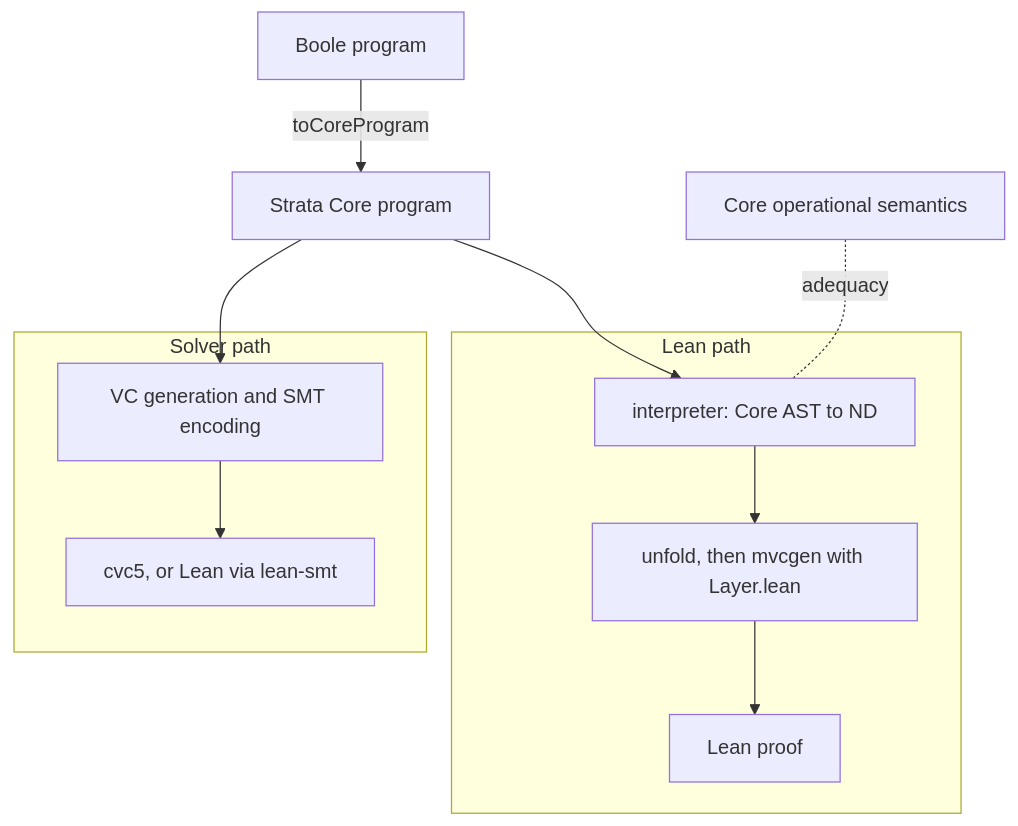
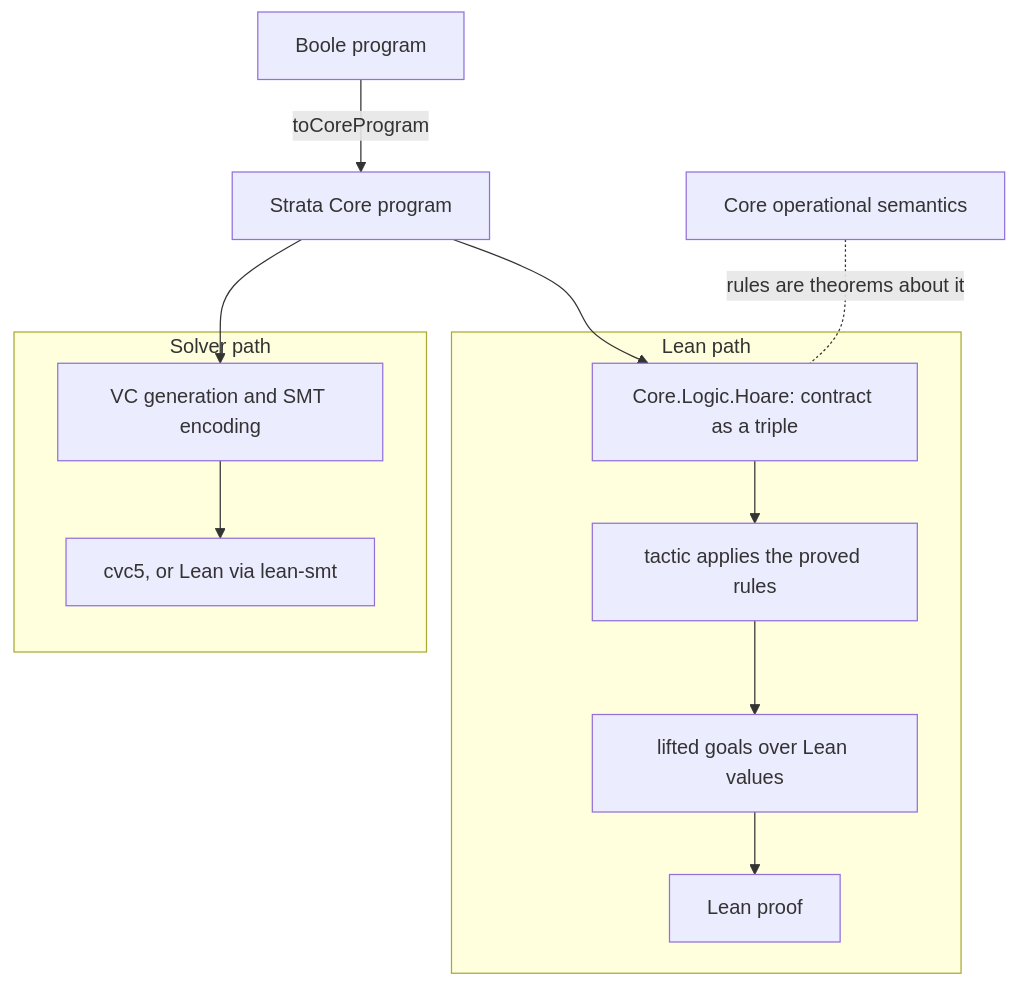
Before and after one commit to strata-org/Strata-Boole: the diagram in docs/ShallowEmbedding.md, drawn with Mermaid. The commit also changed other lines of this file, not shown here.

First line of the commit message:
Lean path: build on Core's Hoare logic

````diff
--- a/docs/ShallowEmbedding.md
+++ b/docs/ShallowEmbedding.md
@@ -11,14 +11,14 @@
 ```mermaid
 flowchart TD
     B["Boole program"] -->|toCoreProgram| C["Strata Core program"]
     subgraph solver ["Solver path"]
         V["VC generation and SMT encoding"] --> S["cvc5, or Lean via lean-smt"]
     end
     subgraph lean ["Lean path"]
-        I["interpreter: Core AST to ND"] --> G["unfold, then mvcgen with Layer.lean"]
-        G --> P["Lean proof"]
+        H["Core.Logic.Hoare: contract as a triple"] --> T["tactic applies the proved rules"]
+        T --> G["lifted goals over Lean values"] --> P["Lean proof"]
     end
     C --> V
-    C --> I
-    O["Core operational semantics"] -. adequacy .- I
+    C --> H
+    O["Core operational semantics"] -. rules are theorems about it .- H
 ```
````
